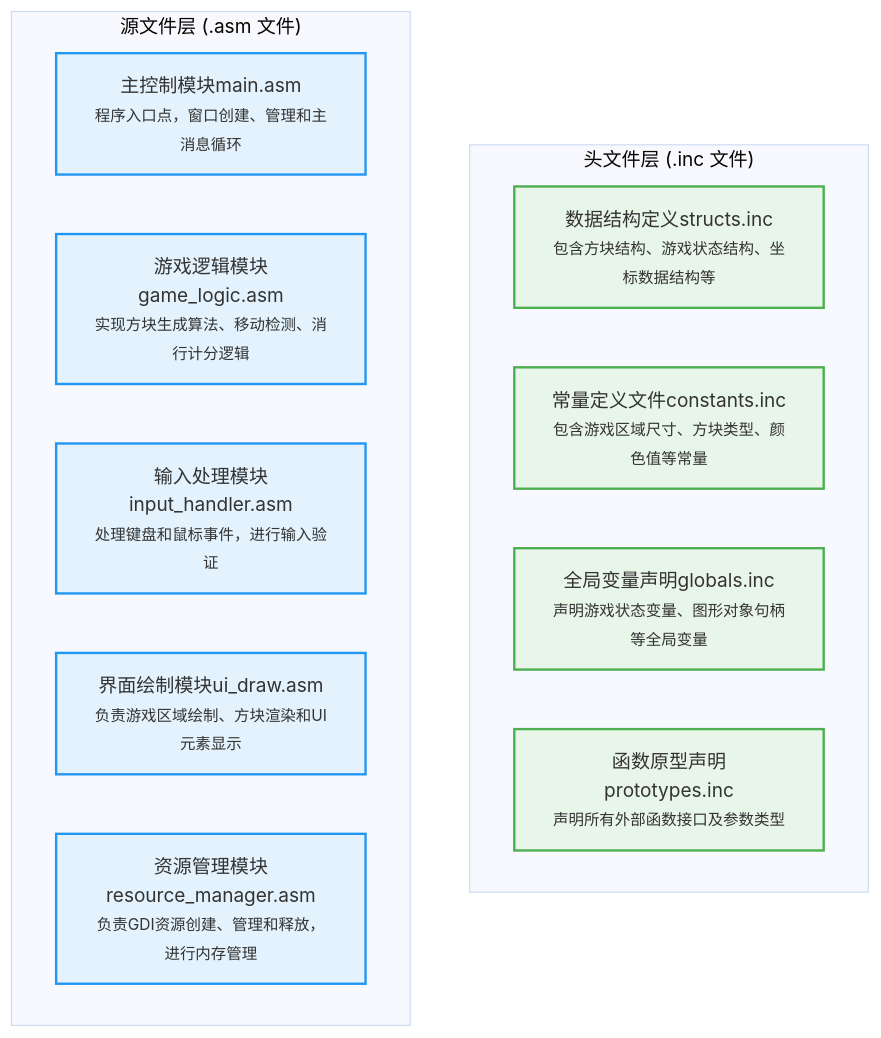
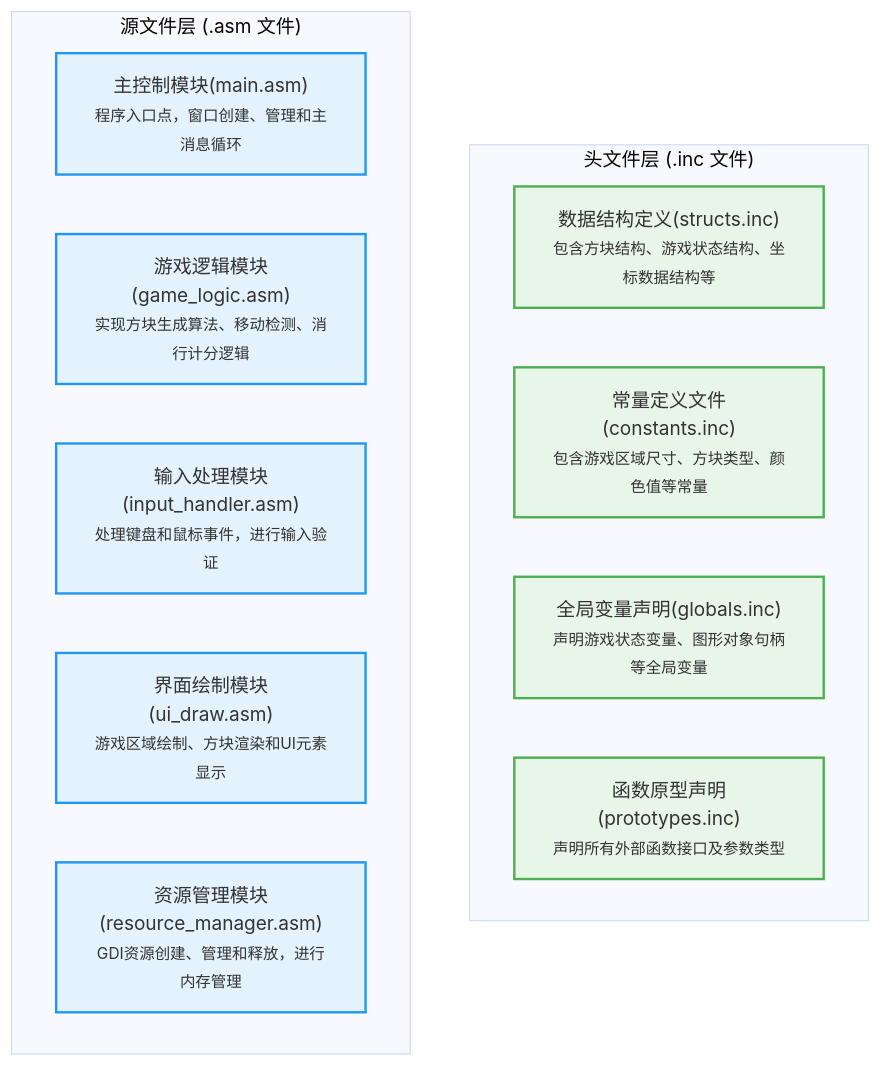
The diagram in Lab1/lab1.md (Keyword23333/-BIT-CS-Assembly-), drawn with Mermaid (base theme) before and after one commit.

Commit message:
Update labels in mermaid diagram for clarity

````diff
--- a/Lab1/lab1.md
+++ b/Lab1/lab1.md
@@ -37,26 +37,26 @@
 ```mermaid
 graph TD
     subgraph "头文件层 (.inc 文件)"
         direction LR
-        A["数据结构定义structs.inc<br/><font size=2>包含方块结构、游戏状态结构、坐标数据结构等</font>"]
-        B["常量定义文件constants.inc<br/><font size=2>包含游戏区域尺寸、方块类型、颜色值等常量</font>"]
-        C["全局变量声明globals.inc<br/><font size=2>声明游戏状态变量、图形对象句柄等全局变量</font>"]
-        D["函数原型声明prototypes.inc<br/><font size=2>声明所有外部函数接口及参数类型</font>"]
+        A["数据结构定义(structs.inc)<br/><font size=2>包含方块结构、游戏状态结构、坐标数据结构等</font>"]
+        B["常量定义文件(constants.inc)<br/><font size=2>包含游戏区域尺寸、方块类型、颜色值等常量</font>"]
+        C["全局变量声明(globals.inc)<br/><font size=2>声明游戏状态变量、图形对象句柄等全局变量</font>"]
+        D["函数原型声明(prototypes.inc)<br/><font size=2>声明所有外部函数接口及参数类型</font>"]
     end
     
     subgraph "源文件层 (.asm 文件)"
         direction LR
-        E["主控制模块main.asm<br/><font size=2>程序入口点，窗口创建、管理和主消息循环</font>"]
-        F["游戏逻辑模块game_logic.asm<br/><font size=2>实现方块生成算法、移动检测、消行计分逻辑</font>"]
-        G["输入处理模块input_handler.asm<br/><font size=2>处理键盘和鼠标事件，进行输入验证</font>"]
-        H["界面绘制模块ui_draw.asm<br/><font size=2>负责游戏区域绘制、方块渲染和UI元素显示</font>"]
-        I["资源管理模块resource_manager.asm<br/><font size=2>负责GDI资源创建、管理和释放，进行内存管理</font>"]
+        E["主控制模块(main.asm)<br/><font size=2>程序入口点，窗口创建、管理和主消息循环</font>"]
+        F["游戏逻辑模块(game_logic.asm)<br/><font size=2>实现方块生成算法、移动检测、消行计分逻辑</font>"]
+        G["输入处理模块(input_handler.asm)<br/><font size=2>处理键盘和鼠标事件，进行输入验证</font>"]
+        H["界面绘制模块(ui_draw.asm)<br/><font size=2>游戏区域绘制、方块渲染和UI元素显示</font>"]
+        I["资源管理模块(resource_manager.asm)<br/><font size=2>GDI资源创建、管理和释放，进行内存管理</font>"]
     end
     
     %% 样式设置
     classDef incFile fill:#e8f5e9,stroke:#4caf50,stroke-width:2px
     classDef asmFile fill:#e3f2fd,stroke:#2196f3,stroke-width:2px
     
     class A,B,C,D incFile
     class E,F,G,H,I asmFile
 ```
````
